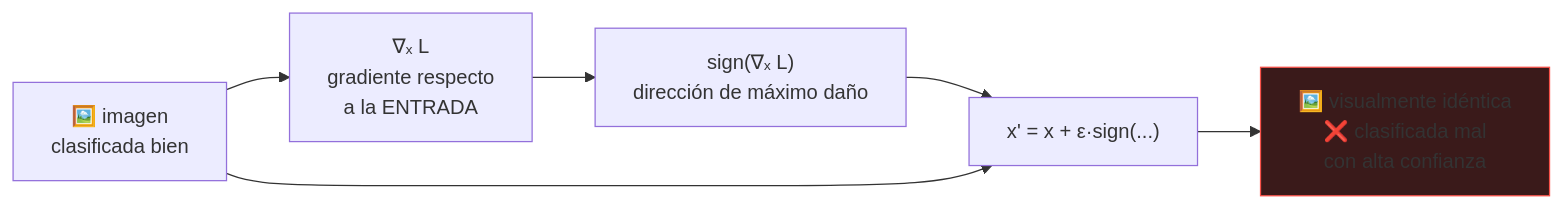
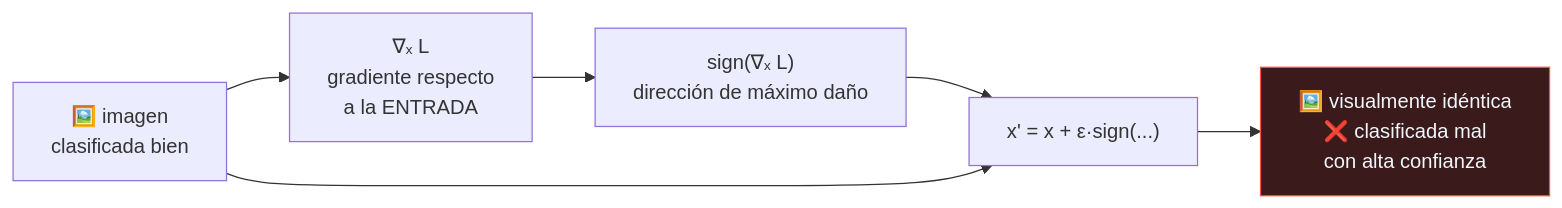
One commit to vladimiracunadev-create/artificial-intelligence-evolution-program changed the diagram in papers/foundational/P42_adversarial/README.md. Above: the diagram before and after it, drawn with Mermaid. The commit also changed 27 other files, not shown here.

First line of the commit message:
Compilaciones: Windows en tres formatos y APK versionado; contraste de diagramas

````diff
--- a/papers/foundational/P42_adversarial/README.md
+++ b/papers/foundational/P42_adversarial/README.md
@@ -89,9 +89,9 @@
 ```mermaid
 flowchart LR
     X["🖼️ imagen<br/>clasificada bien"] --> G["∇ₓ L<br/>gradiente respecto<br/>a la ENTRADA"]
     G --> S["sign(∇ₓ L)<br/>dirección de máximo daño"]
     S --> P["x' = x + ε·sign(...)"]
     X --> P
     P --> R["🖼️ visualmente idéntica<br/>❌ clasificada mal<br/>con alta confianza"]
-    style R fill:#3a1a1a,stroke:#f85149
+    style R fill:#3a1a1a,stroke:#f85149,color:#f0f6fc
 ```
````
